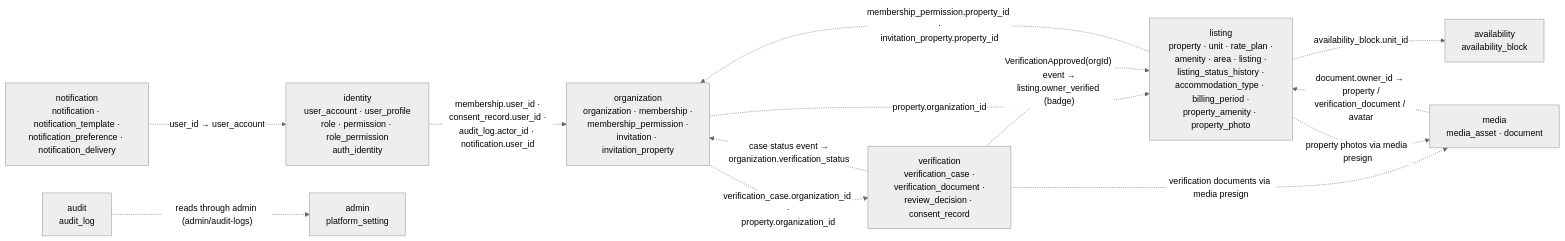
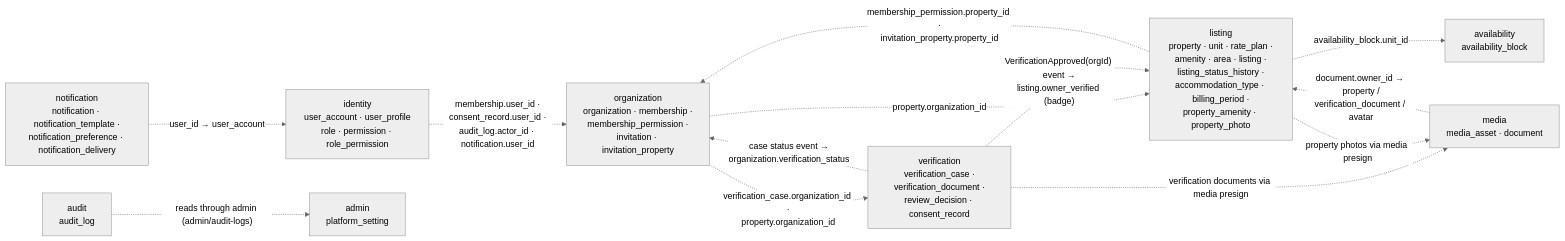
The first of 9 diagrams in docs/design/erd.md (ObboyeBossman/findstay), drawn with Mermaid (neutral theme) before and after one commit. The commit also changed other lines of this file and 3 other files, not shown here.

First line of the commit message:
feat(db): drop identity.auth_identity — the direct-integration revert (DEC-S1-04/B)

````diff
--- a/docs/design/erd.md
+++ b/docs/design/erd.md
@@ -64,25 +64,25 @@
 ```mermaid
 flowchart LR
-    ID["identity<br/>user_account · user_profile<br/>role · permission · role_permission<br/>auth_identity"]
+    ID["identity<br/>user_account · user_profile<br/>role · permission · role_permission"]
     ORG["organization<br/>organization · membership ·<br/>membership_permission ·<br/>invitation · invitation_property"]
     VER["verification<br/>verification_case ·<br/>verification_document ·<br/>review_decision · consent_record"]
     LST["listing<br/>property · unit · rate_plan ·<br/>amenity · area · listing ·<br/>listing_status_history ·<br/>accommodation_type · billing_period ·<br/>property_amenity · property_photo"]
     AVL["availability<br/>availability_block"]
     MED["media<br/>media_asset · document"]
     AUD["audit<br/>audit_log"]
     NOT["notification<br/>notification · notification_template ·<br/>notification_preference · notification_delivery"]
     ADM["admin<br/>platform_setting"]
 
     ID -. "membership.user_id ·<br/>consent_record.user_id ·<br/>audit_log.actor_id · notification.user_id" .-> ORG
     ORG -. "verification_case.organization_id ·<br/>property.organization_id" .-> VER
     ORG -. "property.organization_id" .-> LST
     VER -. "VerificationApproved(orgId) event →<br/>listing.owner_verified (badge)" .-> LST
     VER -. "case status event →<br/>organization.verification_status" .-> ORG
     LST -. "availability_block.unit_id" .-> AVL
     LST -. "membership_permission.property_id ·<br/>invitation_property.property_id" .-> ORG
     MED -. "document.owner_id → property /<br/>verification_document / avatar" .-> LST
     VER -. "verification documents via media presign" .-> MED
     LST -. "property photos via media presign" .-> MED
     AUD -. "reads through admin (admin/audit-logs)" .-> ADM
     NOT -. "user_id → user_account" .-> ID
 ```
````
